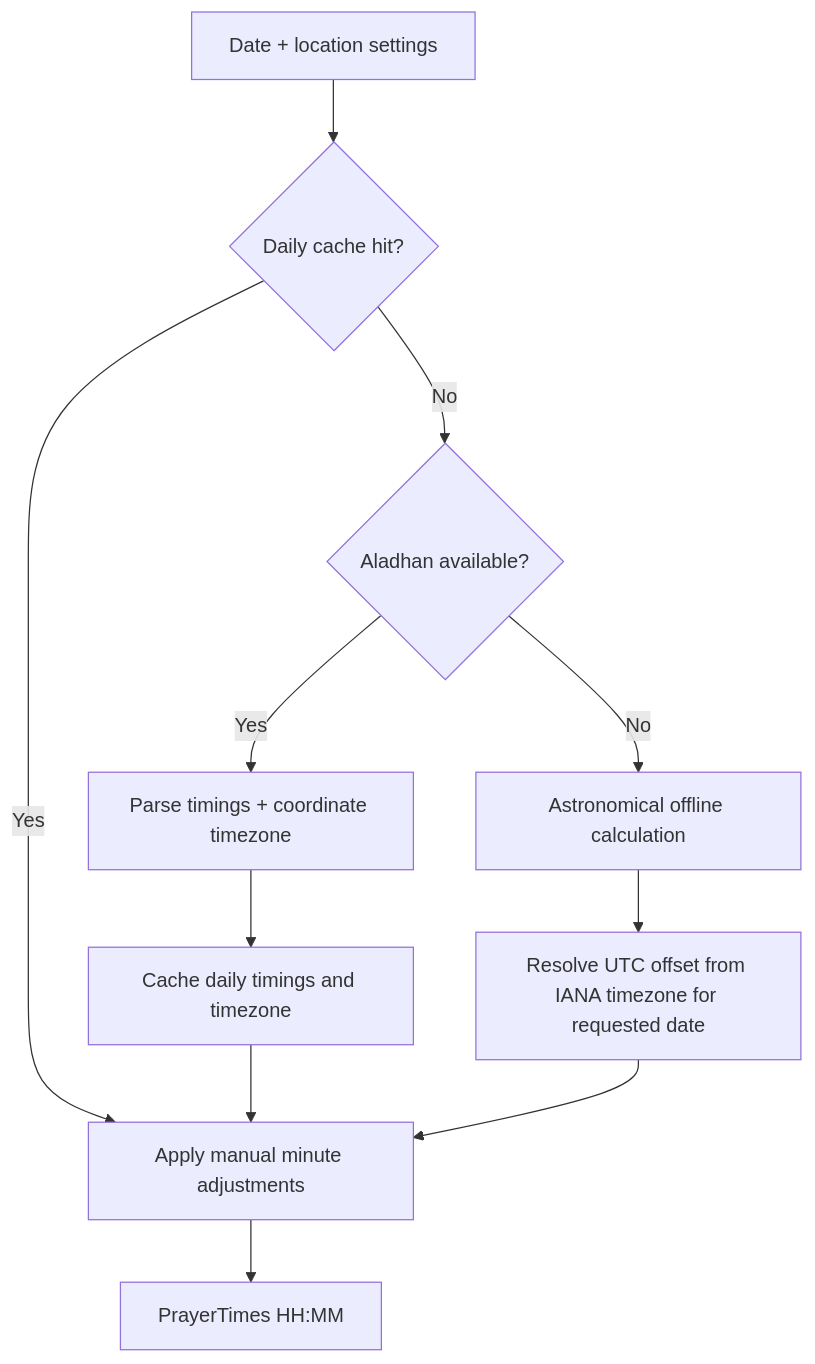
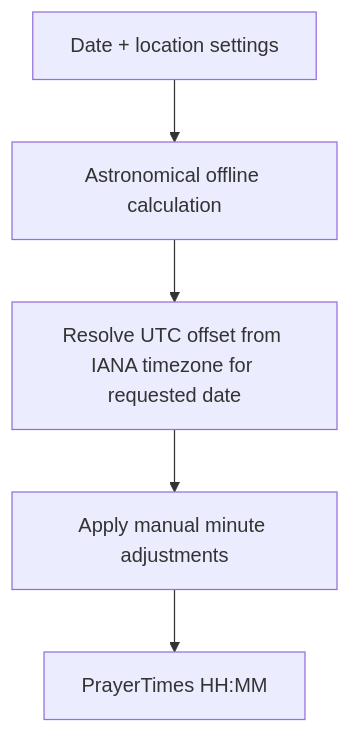
Before and after one commit to amahdy59/Azkarapp: the diagram in docs/PRAYER_TIMES.md, drawn with Mermaid. The commit also changed other lines of this file and 6 other files, not shown here.

````diff
--- a/docs/PRAYER_TIMES.md
+++ b/docs/PRAYER_TIMES.md
@@ -23,13 +23,7 @@
 ```mermaid
 flowchart TD
-  Request["Date + location settings"] --> Cache{"Daily cache hit?"}
-  Cache -- Yes --> Adjust["Apply manual minute adjustments"]
-  Cache -- No --> API{"Aladhan available?"}
-  API -- Yes --> Metadata["Parse timings + coordinate timezone"]
-  Metadata --> Save["Cache daily timings and timezone"]
-  Save --> Adjust
-  API -- No --> Offline["Astronomical offline calculation"]
+  Request["Date + location settings"] --> Offline["Astronomical offline calculation"]
   Offline --> TZ["Resolve UTC offset from IANA timezone for requested date"]
-  TZ --> Adjust
+  TZ --> Adjust["Apply manual minute adjustments"]
   Adjust --> Result["PrayerTimes HH:MM"]
 ```
````
